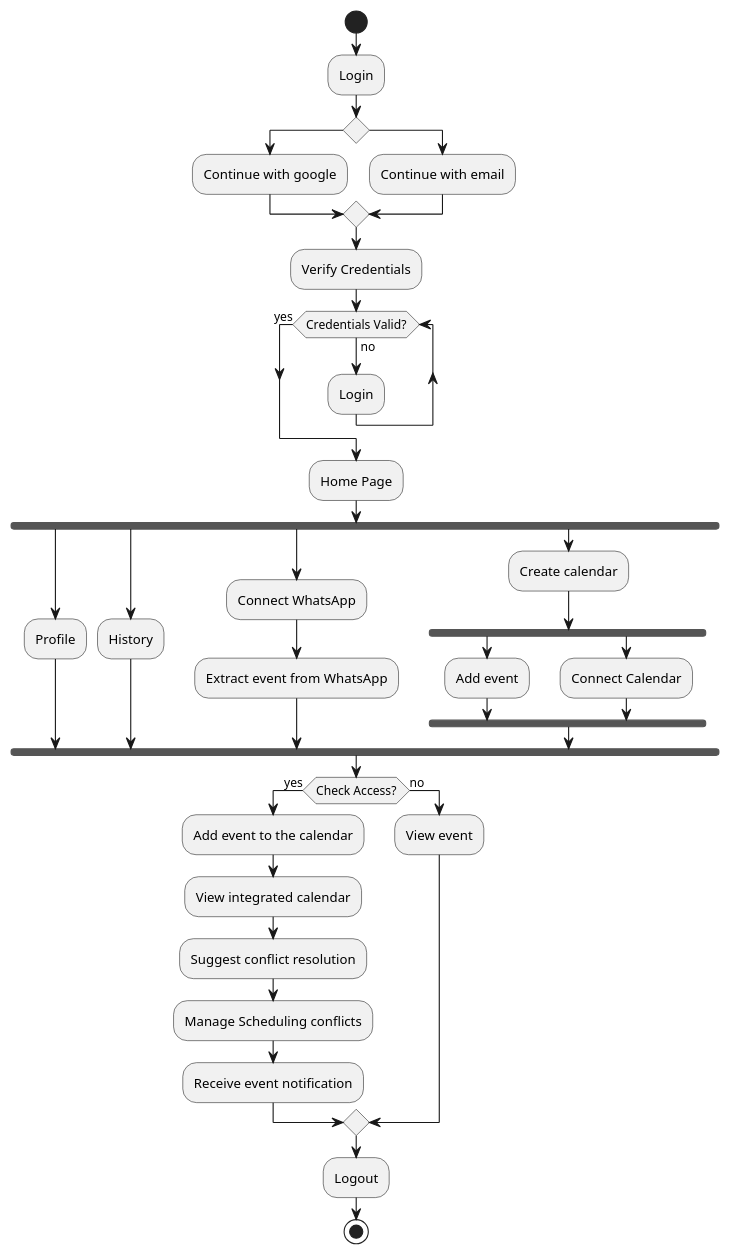
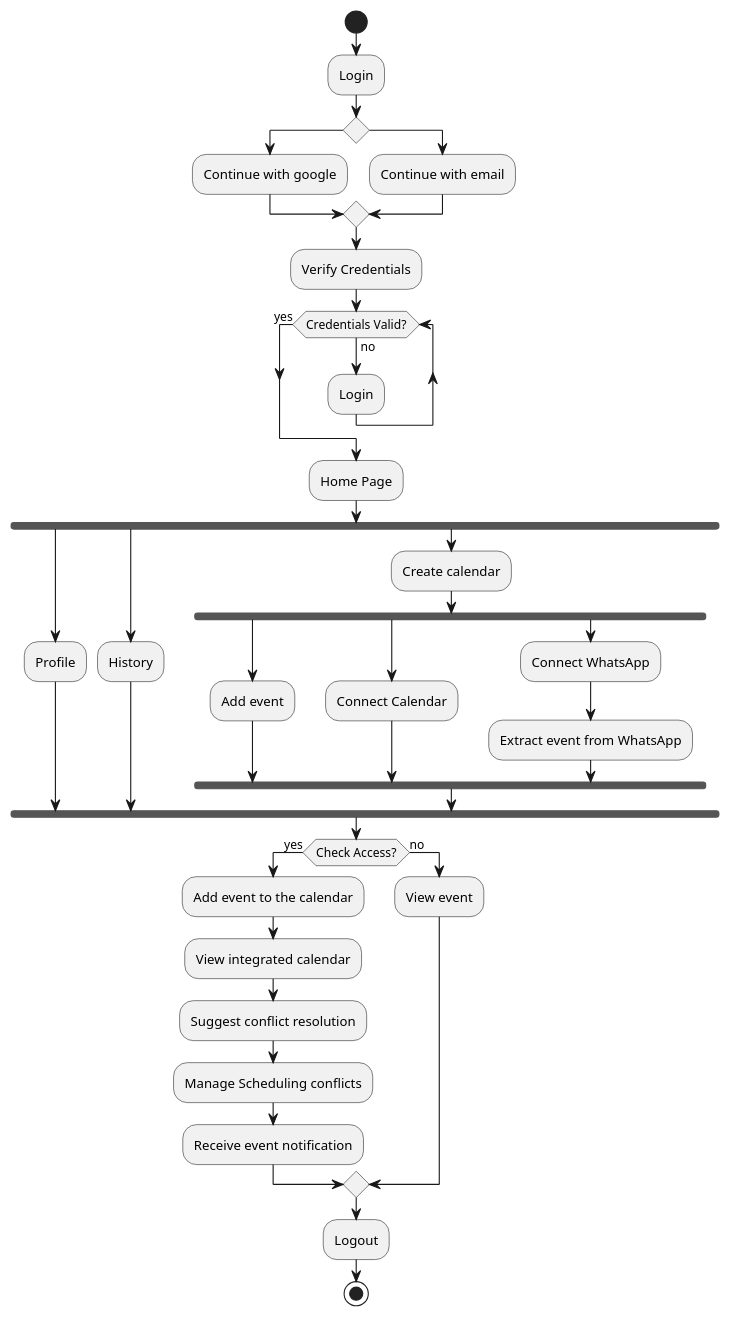
One commit to jadwalapp/symmetrical-spoon changed the diagram in docs/diagrams/Activity-diagram.puml. Above: the diagram before and after it, drawn with PlantUML. The commit also changed 1 other file, not shown here.

```diff
--- a/docs/diagrams/Activity-diagram.puml
+++ b/docs/diagrams/Activity-diagram.puml
@@ -1,40 +1,41 @@
 @startuml
 start
 :Login;
 if () then
     :Continue with google;
 else
     :Continue with email;
 endif
 :Verify Credentials;
 while (Credentials Valid?) is (no)
     :Login;
 endwhile (yes)
 :Home Page;
 fork
     :Profile;
 fork again
     :History;
-fork again
-    :Connect WhatsApp;
-    :Extract event from WhatsApp;
+
 fork again
     :Create calendar;
     fork
         :Add event;
     fork again
         :Connect Calendar;
+        fork again
+    :Connect WhatsApp;
+    :Extract event from WhatsApp;
     endfork
 endfork
 if (Check Access?) then (yes)
     :Add event to the calendar;
     :View integrated calendar;
     :Suggest conflict resolution;
     :Manage Scheduling conflicts;
     :Receive event notification;
 else (no)
     :View event;
 endif
 :Logout;
 stop
 @enduml
```
